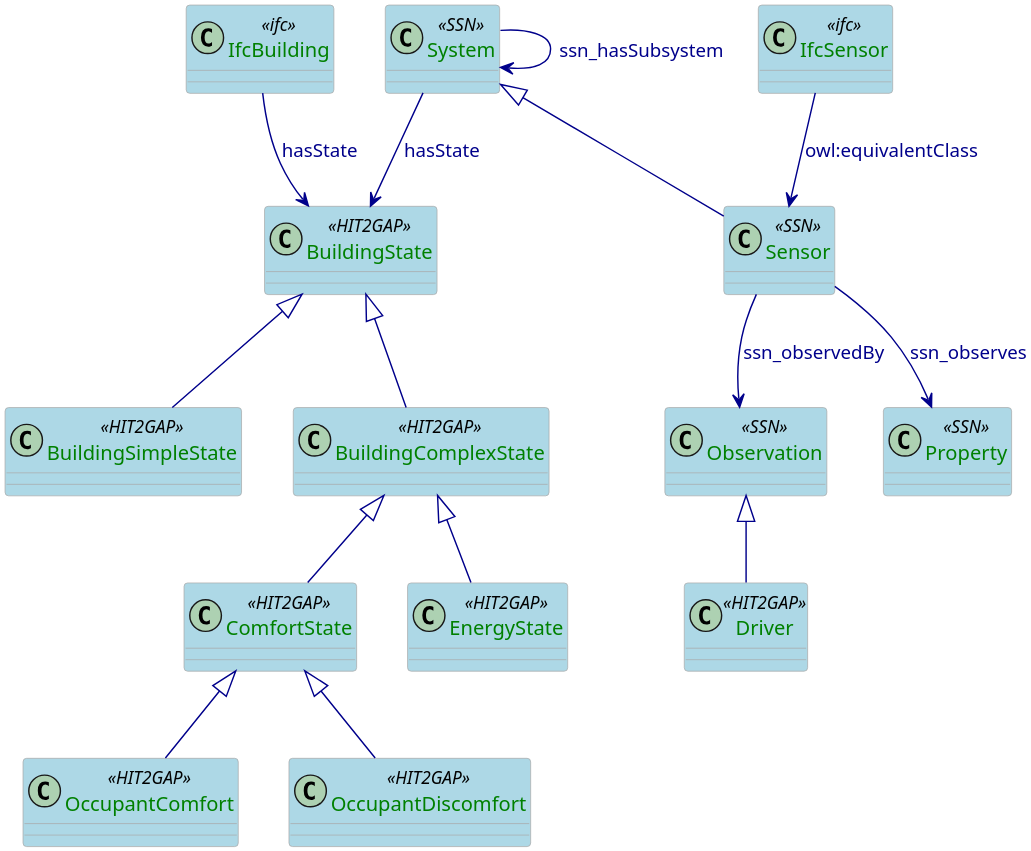
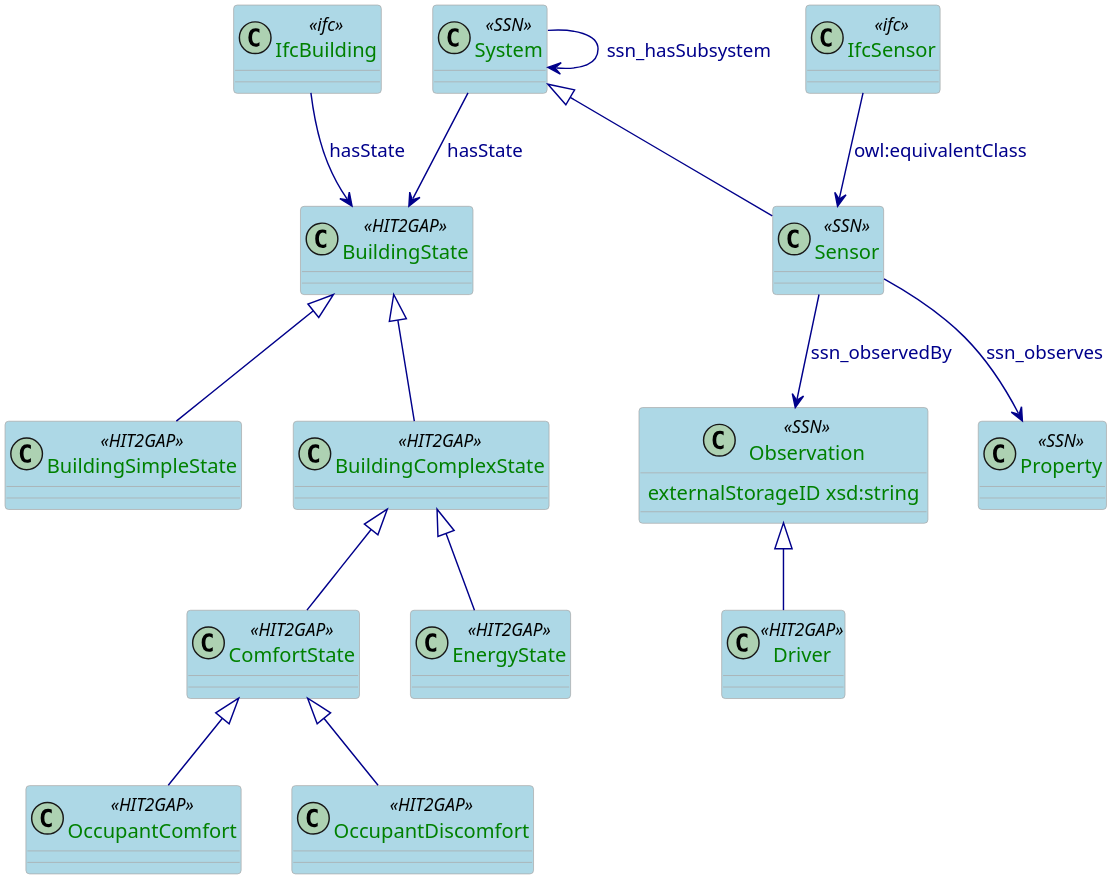
One commit to HIT2GAP-EU-PROJECT/BEMOnt changed the diagram in docs/plantuml/BuildingStateSpecification.puml. Above: the diagram before and after it, drawn with PlantUML.

```diff
--- a/docs/plantuml/BuildingStateSpecification.puml
+++ b/docs/plantuml/BuildingStateSpecification.puml
@@ -1,77 +1,77 @@
 @startuml
 
 skinparam class {
   ArrowColor DarkBlue
   ArrowFontColor DarkBlue
   BackgroundColor LightBlue
   BorderColor DarkGrey
 }
 skinparam dpi 300
 skinparam stereotypeCBackgroundColor Wheat
 skinparam classAttributeFontColor  Green
 
 class System <<SSN>>{
 
 }
 
 class BuildingState <<HIT2GAP>>{
 
 }
 
 class BuildingSimpleState <<HIT2GAP>>{
 
 }
 
 class BuildingComplexState <<HIT2GAP>>{
 
 }
 
 class EnergyState <<HIT2GAP>>{
 
 }
 
 class ComfortState <<HIT2GAP>>{
 
 }
 
 class OccupantComfort <<HIT2GAP>>{
 
 }
 
 class OccupantDiscomfort <<HIT2GAP>>{
 
 }
 class Driver <<HIT2GAP>>{
 
 }
 
-class Observation <<SSN>>{
-
+class Observation <<SSN>> {
+  externalStorageID xsd:string
 }
 
 class Property <<SSN>> {
 
 }
 
 class Sensor <<SSN>>
 
 class IfcBuilding <<ifc>>
 class IfcSensor <<ifc>>
 
 IfcBuilding --> BuildingState:hasState
 System --> BuildingState: hasState
 BuildingState <|-- BuildingSimpleState
 BuildingState <|-- BuildingComplexState
 BuildingComplexState <|-- EnergyState
 BuildingComplexState <|-- ComfortState
 ComfortState <|-- OccupantComfort
 ComfortState <|-- OccupantDiscomfort
 System --> System:ssn_hasSubsystem
 System <|-- Sensor
 Sensor --> Observation:ssn_observedBy
 Sensor --> Property:ssn_observes
 IfcSensor --> Sensor: owl:equivalentClass
 
 Observation <|-- Driver
 
 @enduml
```
